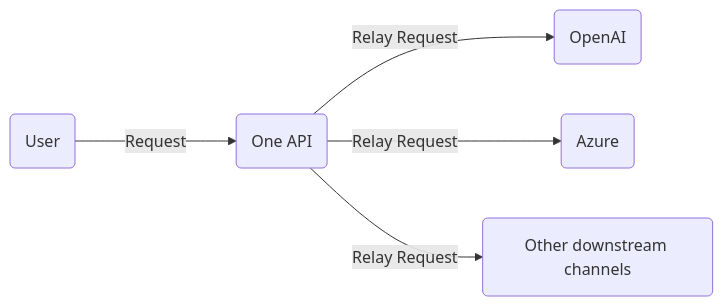
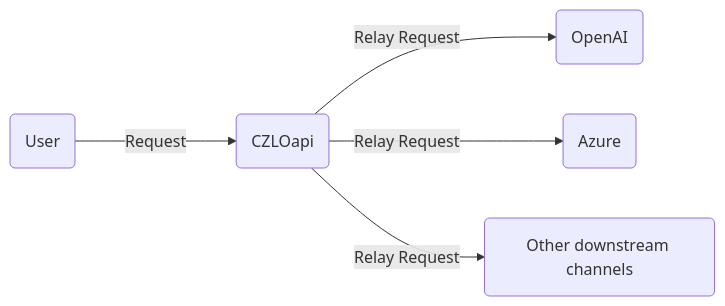
One commit to MartialBE/one-hub changed the diagram in README.en.md. Above: the diagram before and after it, drawn with Mermaid. The commit also changed other lines of this file and 15 other files, not shown here.

````diff
--- a/README.en.md
+++ b/README.en.md
@@ -245,8 +245,8 @@
 ```mermaid
 graph LR
     A(User)
-    A --->|Request| B(One API)
+    A --->|Request| B(CZLOapi)
     B -->|Relay Request| C(OpenAI)
     B -->|Relay Request| D(Azure)
     B -->|Relay Request| E(Other downstream channels)
 ```
````
